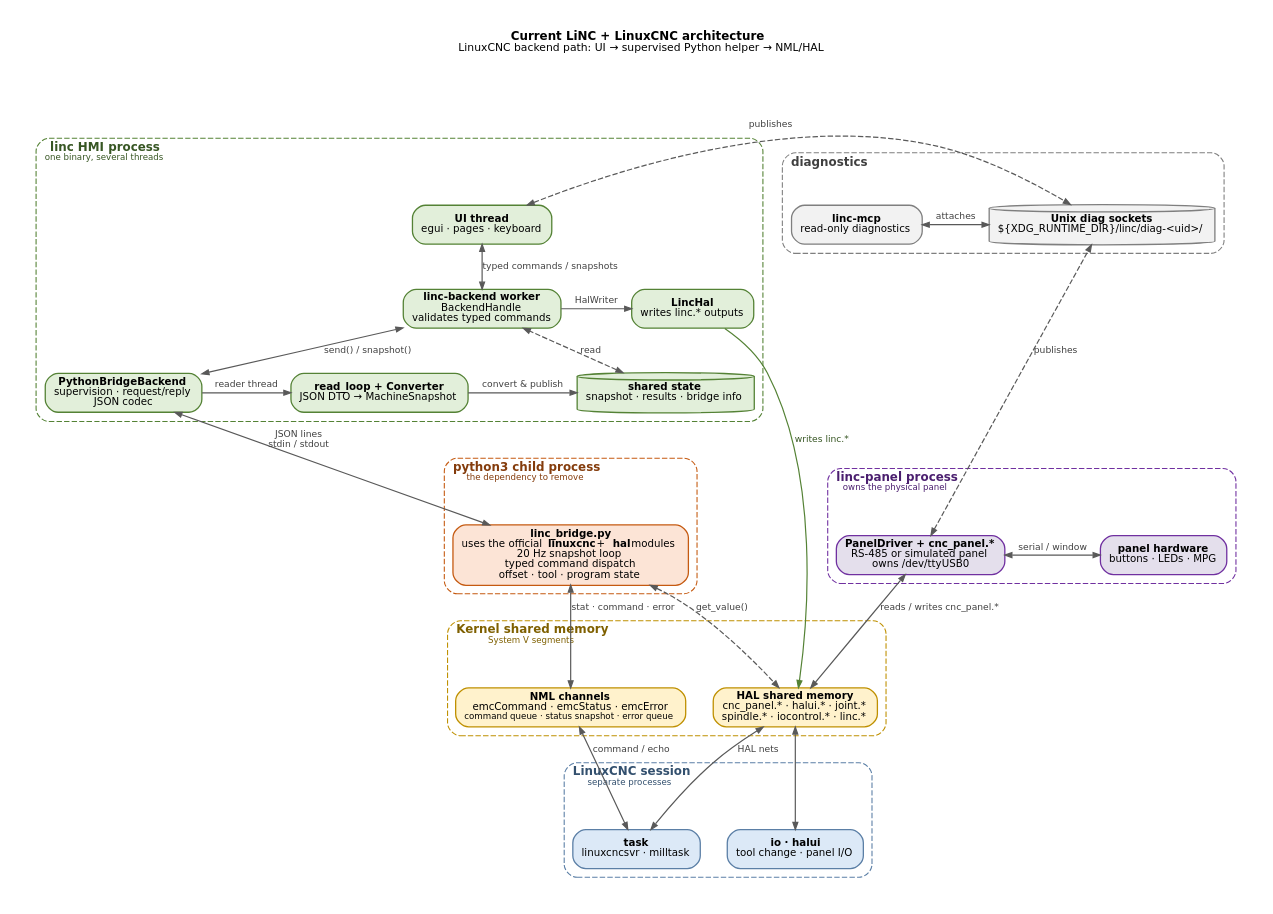
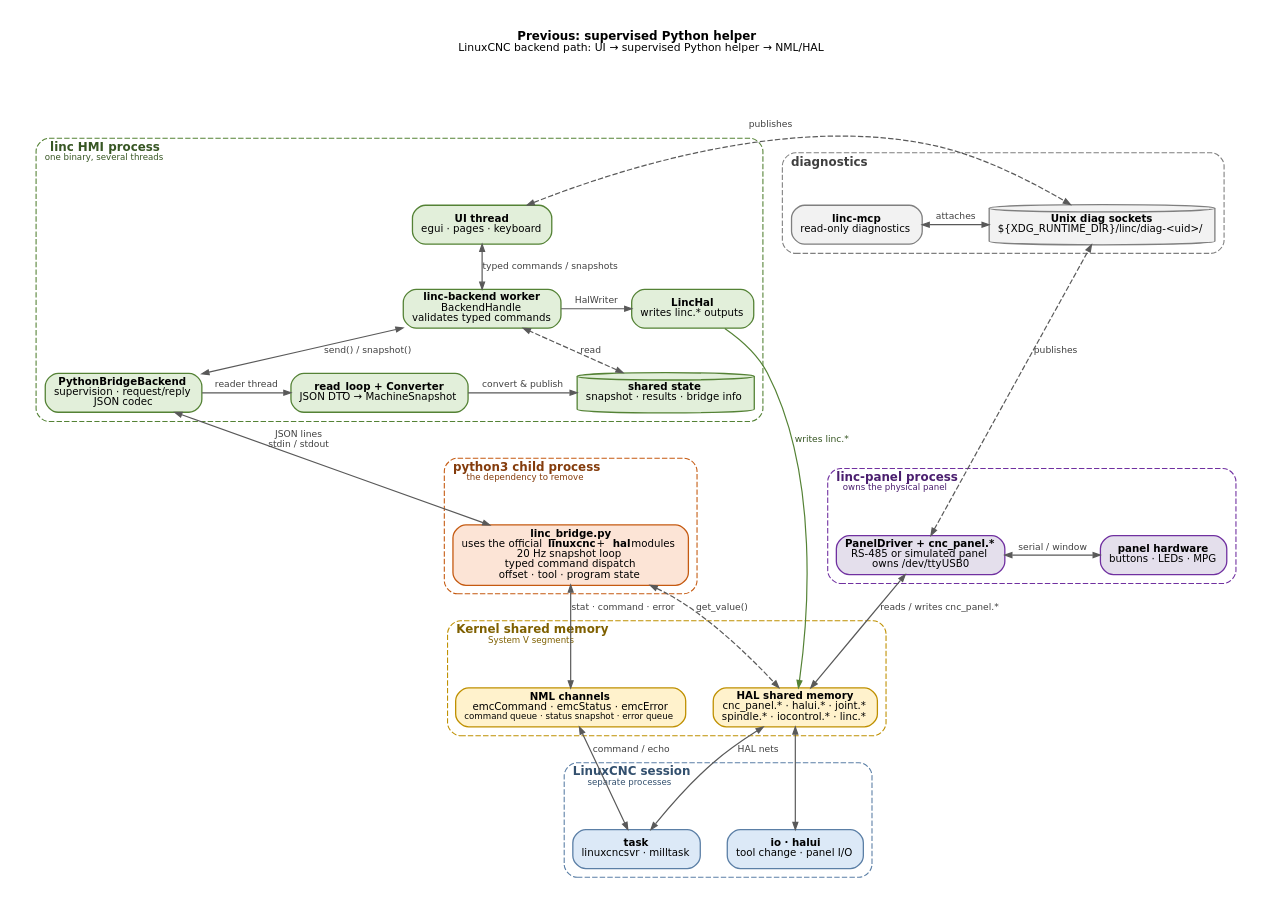
Before and after one commit to LiNC-CNC/LiNC: the diagram in docs/diagrams/current-architecture.dot, drawn with Graphviz. The commit also changed 11 other files, not shown here.

First line of the commit message:
docs: describe the in-process NML backend

```diff
--- a/docs/diagrams/current-architecture.dot
+++ b/docs/diagrams/current-architecture.dot
@@ -1,143 +1,143 @@
 digraph current_tb {
   graph [
     rankdir=TB,
     newrank=true,
     compound=true,
     splines=spline,
     nodesep=0.35,
     ranksep=0.45,
     pad=0.25,
     bgcolor="white",
     fontname="DejaVu Sans",
     fontsize=11,
     labelloc=t,
-    label=<<B>Current LiNC + LinuxCNC architecture</B><BR/><FONT POINT-SIZE="10">LinuxCNC backend path: UI → supervised Python helper → NML/HAL</FONT>>
+    label=<<B>Previous: supervised Python helper</B><BR/><FONT POINT-SIZE="10">LinuxCNC backend path: UI → supervised Python helper → NML/HAL</FONT>>
   ];
 
   node [
     shape=box,
     style="rounded,filled",
     fontname="DejaVu Sans",
     fontsize=9.5,
     margin="0.11,0.06",
     penwidth=1.2,
     color="#666666",
     fillcolor="#FFFFFF"
   ];
   edge [
     fontname="DejaVu Sans",
     fontsize=8.5,
     color="#595959",
     fontcolor="#404040",
     arrowsize=0.65,
     penwidth=1.1
   ];
 
   subgraph cluster_linc {
     label=<<B>linc HMI process</B><BR/><FONT POINT-SIZE="8.5">one binary, several threads</FONT>>;
     labeljust=l;
     style="rounded,dashed";
     color="#548235";
     fontcolor="#375623";
 
     ui     [label=<<B>UI thread</B><BR/>egui · pages · keyboard>, fillcolor="#E2EFDA", color="#548235"];
     worker [label=<<B>linc-backend worker</B><BR/>BackendHandle<BR/>validates typed commands>, fillcolor="#E2EFDA", color="#548235"];
     sup    [label=<<B>PythonBridgeBackend</B><BR/>supervision · request/reply<BR/>JSON codec>, fillcolor="#E2EFDA", color="#548235"];
     conv   [label=<<B>read_loop + Converter</B><BR/>JSON DTO → MachineSnapshot>, fillcolor="#E2EFDA", color="#548235"];
     state  [label=<<B>shared state</B><BR/>snapshot · results · bridge info>, shape=cylinder, fillcolor="#E2EFDA", color="#548235"];
     lhal   [label=<<B>LincHal</B><BR/>writes linc.* outputs>, fillcolor="#E2EFDA", color="#548235"];
 
     { rank=same; worker; lhal; }
     { rank=same; sup; conv; state; }
   }
 
   subgraph cluster_helper {
     label=<<B>python3 child process</B><BR/><FONT POINT-SIZE="8.5">the dependency to remove</FONT>>;
     labeljust=l;
     style="rounded,dashed";
     color="#C55A11";
     fontcolor="#843C0C";
 
     helper [label=<<B>linc_bridge.py</B><BR/>uses the official <B>linuxcnc</B> + <B>hal</B> modules<BR/>20 Hz snapshot loop<BR/>typed command dispatch<BR/>offset · tool · program state>, fillcolor="#FCE4D6", color="#C55A11"];
   }
 
   subgraph cluster_panel {
     label=<<B>linc-panel process</B><BR/><FONT POINT-SIZE="8.5">owns the physical panel</FONT>>;
     labeljust=l;
     style="rounded,dashed";
     color="#7030A0";
     fontcolor="#4B1F6F";
 
     panel [label=<<B>PanelDriver + cnc_panel.*</B><BR/>RS-485 or simulated panel<BR/>owns /dev/ttyUSB0>, fillcolor="#E4DFEC", color="#7030A0"];
     ser   [label=<<B>panel hardware</B><BR/>buttons · LEDs · MPG>, fillcolor="#E4DFEC", color="#7030A0"];
 
     { rank=same; panel; ser; }
   }
 
   subgraph cluster_mem {
     label=<<B>Kernel shared memory</B><BR/><FONT POINT-SIZE="8.5">System V segments</FONT>>;
     labeljust=l;
     style="rounded,dashed";
     color="#BF9000";
     fontcolor="#7F6000";
 
     nml [label=<<B>NML channels</B><BR/>emcCommand · emcStatus · emcError<BR/><FONT POINT-SIZE="8">command queue · status snapshot · error queue</FONT>>, fillcolor="#FFF2CC", color="#BF9000"];
     hal [label=<<B>HAL shared memory</B><BR/>cnc_panel.* · halui.* · joint.*<BR/>spindle.* · iocontrol.* · linc.*>, fillcolor="#FFF2CC", color="#BF9000"];
 
     { rank=same; nml; hal; }
   }
 
   subgraph cluster_cnc {
     label=<<B>LinuxCNC session</B><BR/><FONT POINT-SIZE="8.5">separate processes</FONT>>;
     labeljust=l;
     style="rounded,dashed";
     color="#5B7FA6";
     fontcolor="#33506E";
 
     task [label=<<B>task</B><BR/>linuxcncsvr · milltask>, fillcolor="#DCE9F7", color="#5B7FA6"];
     io   [label=<<B>io · halui</B><BR/>tool change · panel I/O>, fillcolor="#DCE9F7", color="#5B7FA6"];
 
     { rank=same; task; io; }
   }
 
   subgraph cluster_diag {
     label=<<B>diagnostics</B>>;
     labeljust=l;
     style="rounded,dashed";
     color="#7F7F7F";
     fontcolor="#404040";
 
     diag [label=<<B>Unix diag sockets</B><BR/>${XDG_RUNTIME_DIR}/linc/diag-&lt;uid&gt;/>, shape=cylinder, fillcolor="#F2F2F2", color="#7F7F7F"];
     mcp  [label=<<B>linc-mcp</B><BR/>read-only diagnostics>, fillcolor="#F2F2F2", color="#7F7F7F"];
 
     { rank=same; diag; mcp; }
   }
 
   // HMI control and status path
   ui -> worker [dir=both, label="typed commands / snapshots"];
   worker -> sup [dir=both, label="send() / snapshot()"];
   sup -> helper [dir=both, label="JSON lines\nstdin / stdout"];
   sup -> conv [label="reader thread"];
   conv -> state [label="convert & publish"];
   state -> worker [dir=both, label="read", style=dashed];
   worker -> lhal [label="HalWriter"];
 
   // Native channels
   helper -> nml [dir=both, label="stat · command · error"];
   helper -> hal [dir=both, label="get_value()", style=dashed];
   lhal -> hal [label="writes linc.*", color="#548235", fontcolor="#375623"];
 
   // Panel
   panel -> hal [dir=both, label="reads / writes cnc_panel.*"];
   panel -> ser [dir=both, label="serial / window"];
 
   // LinuxCNC core
   nml -> task [dir=both, label="command / echo"];
   hal -> task [dir=both, label="HAL nets"];
   hal -> io [dir=both];
 
   // Diagnostics
   ui -> diag [dir=both, style=dashed, label="publishes", constraint=false];
   panel -> diag [dir=both, style=dashed, label="publishes", constraint=false];
   mcp -> diag [dir=both, label="attaches"];
 }
```
